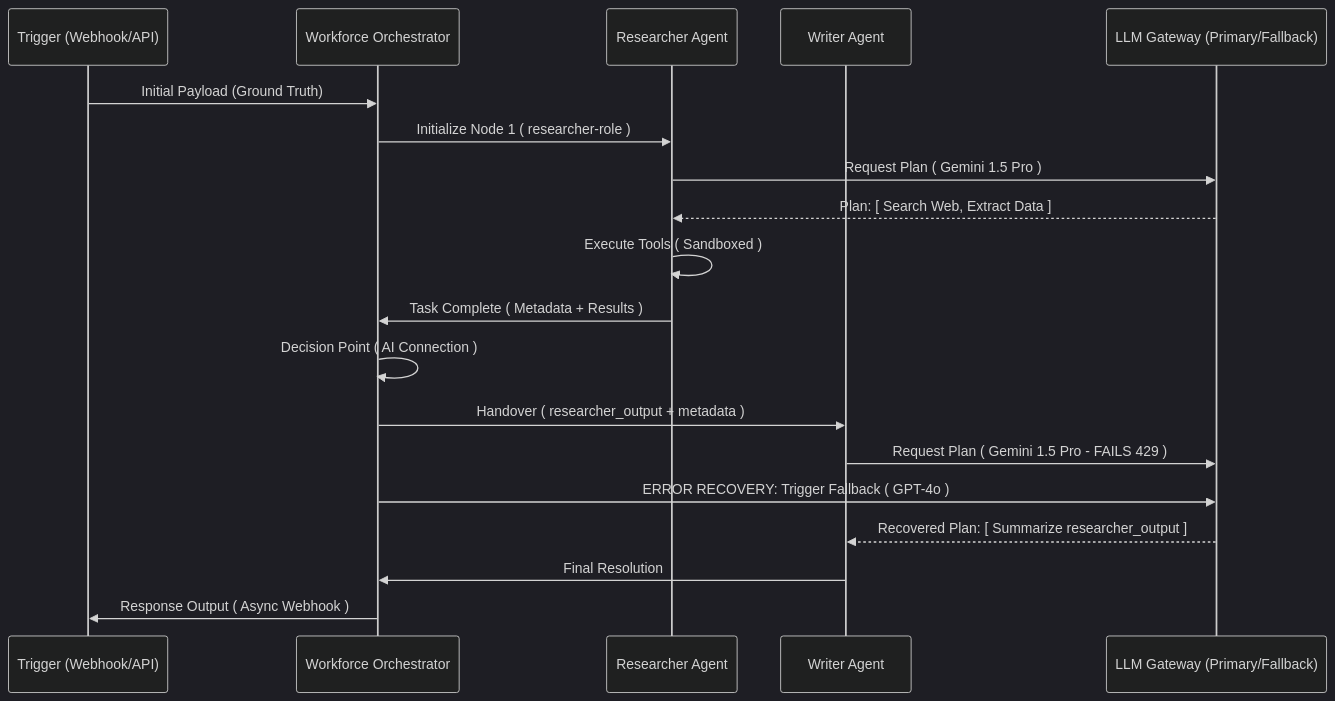
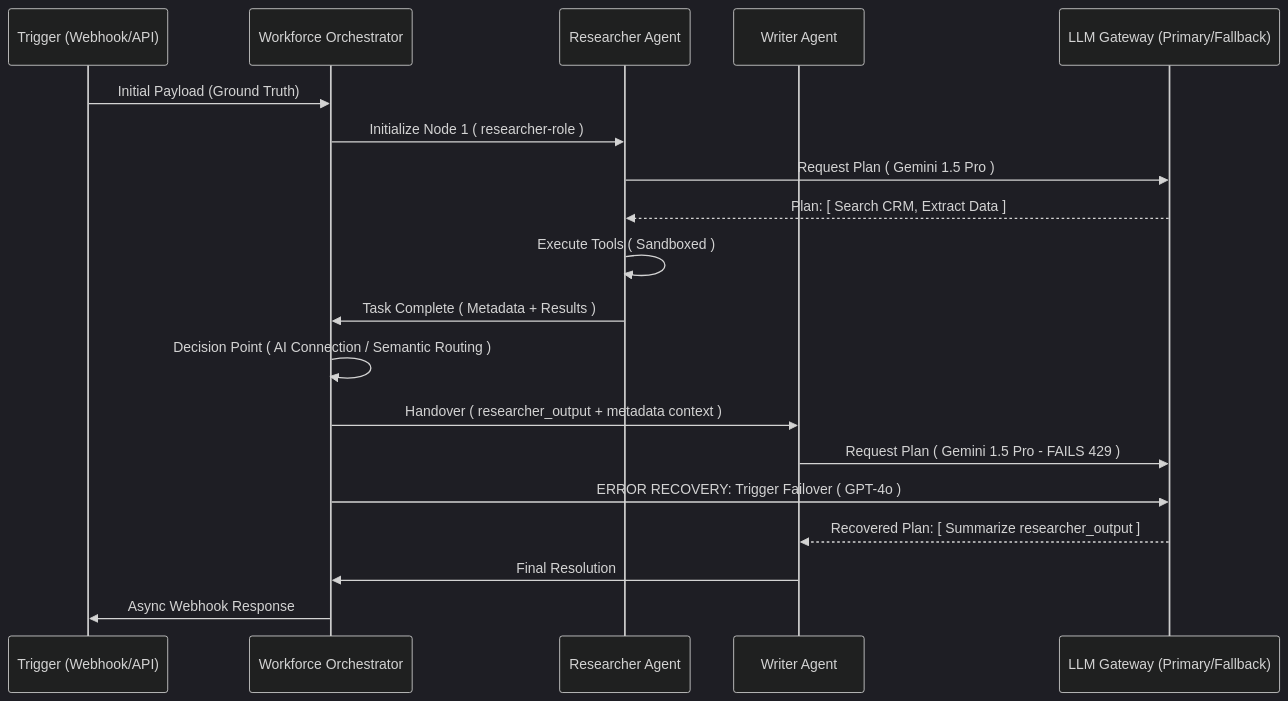
The diagram in RELEVANCE_AI_TECHNICAL_AUDIT.md (alfadilmed/Workforce-ai-CDC), drawn with Mermaid (dark theme) before and after one commit. The commit also changed other lines of this file and 1 other file, not shown here.

Commit message:
Authoritative Military Grade Technical Audit and Architectural Reverse Engineering of Relevance AI.

````diff
--- a/RELEVANCE_AI_TECHNICAL_AUDIT.md
+++ b/RELEVANCE_AI_TECHNICAL_AUDIT.md
@@ -62,25 +93,25 @@
 ```mermaid
 sequenceDiagram
     participant T as Trigger (Webhook/API)
     participant W as Workforce Orchestrator
     participant A1 as Researcher Agent
     participant A2 as Writer Agent
     participant L as LLM Gateway (Primary/Fallback)
 
     T->>W: Initial Payload (Ground Truth)
     W->>A1: Initialize Node 1 ( researcher-role )
     A1->>L: Request Plan ( Gemini 1.5 Pro )
-    L-->>A1: Plan: [ Search Web, Extract Data ]
+    L-->>A1: Plan: [ Search CRM, Extract Data ]
     A1->>A1: Execute Tools ( Sandboxed )
     A1->>W: Task Complete ( Metadata + Results )
 
-    W->>W: Decision Point ( AI Connection )
-    W->>A2: Handover ( researcher_output + metadata )
+    W->>W: Decision Point ( AI Connection / Semantic Routing )
+    W->>A2: Handover ( researcher_output + metadata context )
 
     A2->>L: Request Plan ( Gemini 1.5 Pro - FAILS 429 )
-    W->>L: ERROR RECOVERY: Trigger Fallback ( GPT-4o )
+    W->>L: ERROR RECOVERY: Trigger Failover ( GPT-4o )
     L-->>A2: Recovered Plan: [ Summarize researcher_output ]
 
     A2->>W: Final Resolution
-    W->>T: Response Output ( Async Webhook )
+    W->>T: Async Webhook Response
 ```
````
